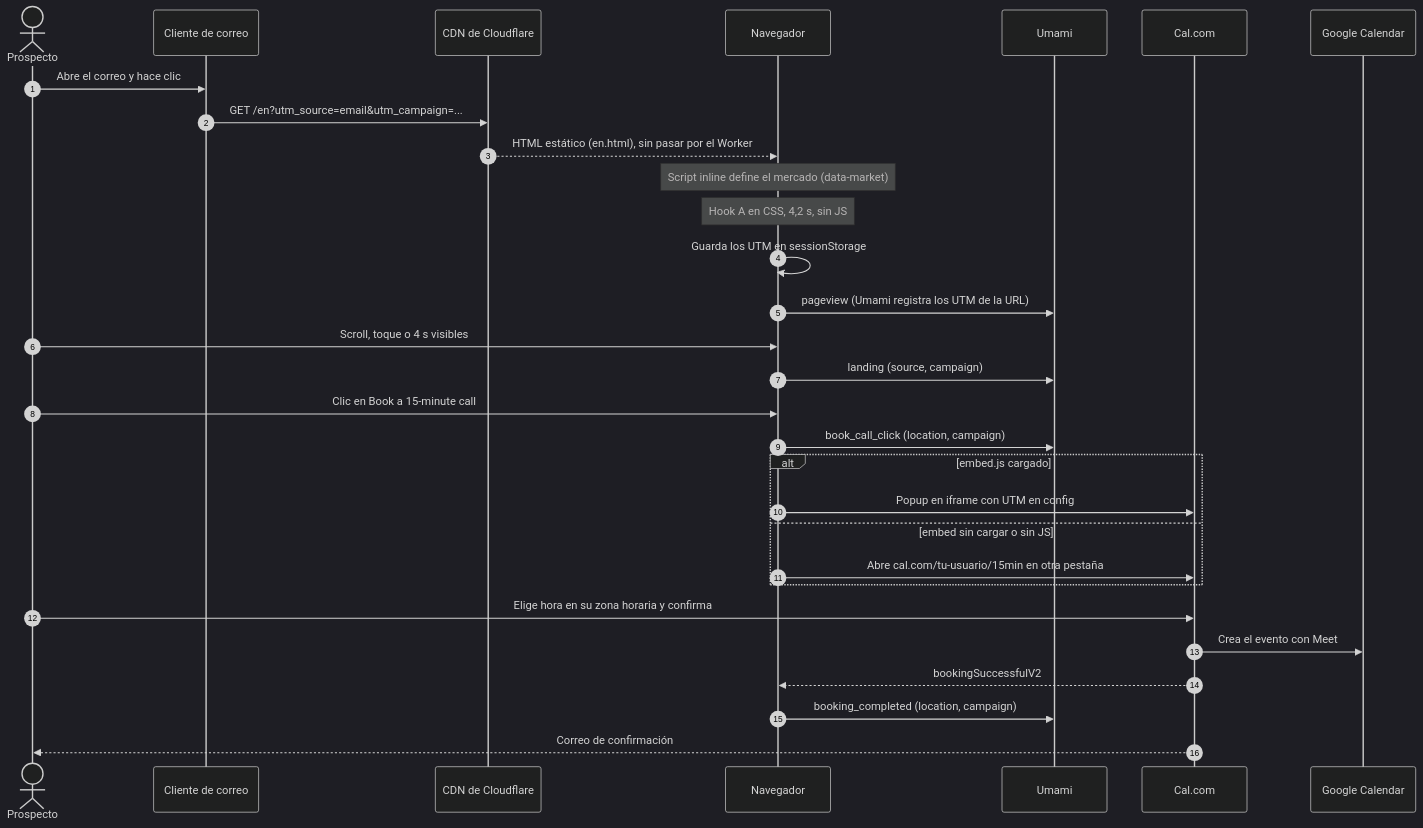
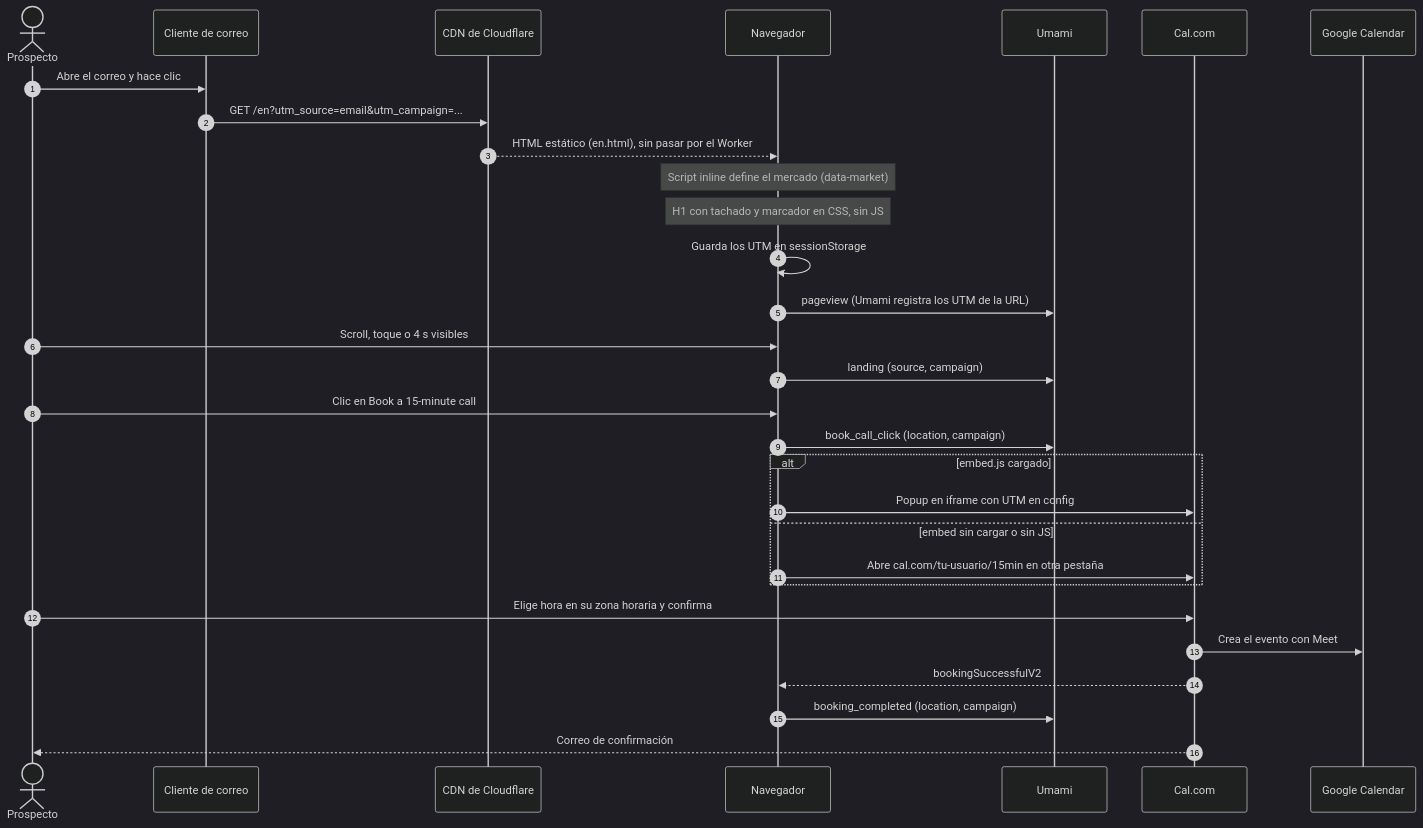
Before and after one commit to AlejandroHernandez1802/portafolio-web: the second of 4 diagrams in docs/03-arquitectura.md, drawn with Mermaid (dark theme). The commit also changed other lines of this file and 190 other files, not shown here.

````diff
--- a/docs/03-arquitectura.md
+++ b/docs/03-arquitectura.md
@@ -74,33 +80,33 @@
 ```mermaid
 sequenceDiagram
   autonumber
   actor P as Prospecto
   participant M as Cliente de correo
   participant CDN as CDN de Cloudflare
   participant B as Navegador
   participant UM as Umami
   participant C as Cal.com
   participant G as Google Calendar
 
   P->>M: Abre el correo y hace clic
   M->>CDN: GET /en?utm_source=email&utm_campaign=...
   CDN-->>B: HTML estático (en.html), sin pasar por el Worker
   Note over B: Script inline define el mercado (data-market)
-  Note over B: Hook A en CSS, 4,2 s, sin JS
+  Note over B: H1 con tachado y marcador en CSS, sin JS
   B->>B: Guarda los UTM en sessionStorage
   B->>UM: pageview (Umami registra los UTM de la URL)
   P->>B: Scroll, toque o 4 s visibles
   B->>UM: landing (source, campaign)
   P->>B: Clic en Book a 15-minute call
   B->>UM: book_call_click (location, campaign)
   alt embed.js cargado
     B->>C: Popup en iframe con UTM en config
   else embed sin cargar o sin JS
     B->>C: Abre cal.com/tu-usuario/15min en otra pestaña
   end
   P->>C: Elige hora en su zona horaria y confirma
   C->>G: Crea el evento con Meet
   C-->>B: bookingSuccessfulV2
   B->>UM: booking_completed (location, campaign)
   C-->>P: Correo de confirmación
 ```
````
